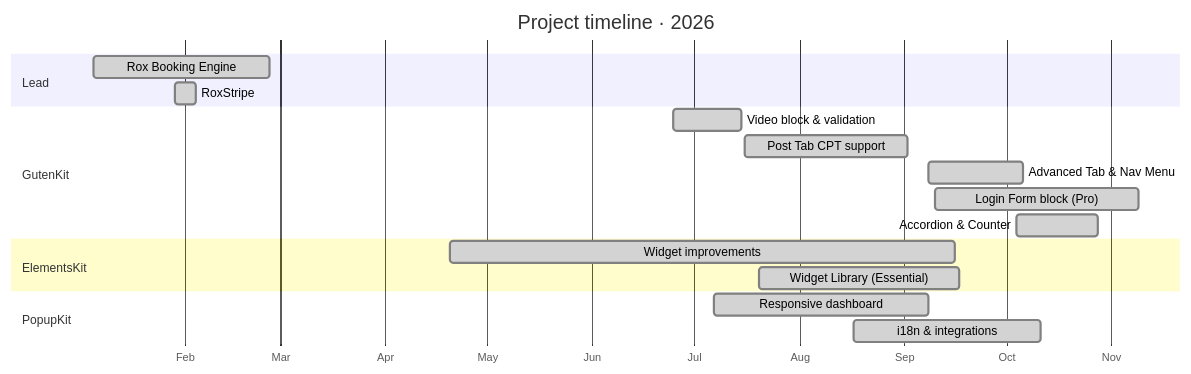
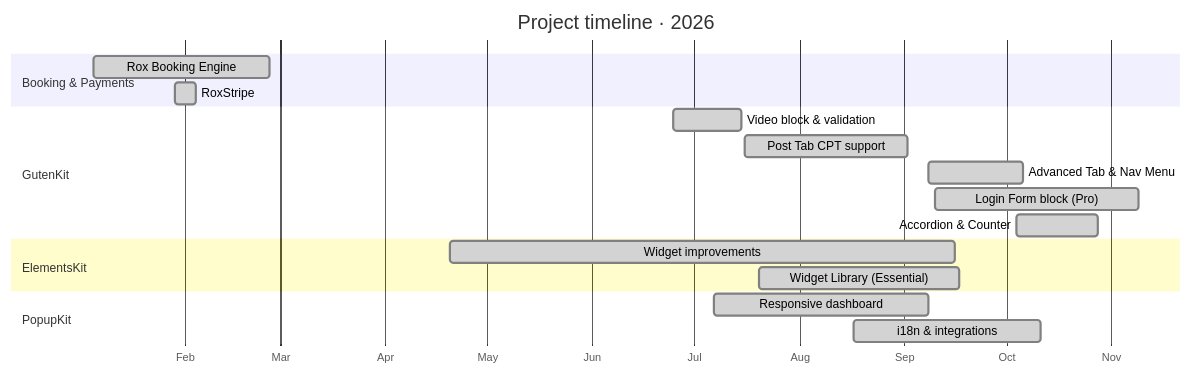
One commit to shishir-xs/shishir-xs changed the diagram in README.md. Above: the diagram before and after it, drawn with Mermaid. The commit also changed other lines of this file and 5 other files, not shown here.

First line of the commit message:
Remove project lead title; add terminal card, highlights and commit-pattern charts

````diff
--- a/README.md
+++ b/README.md
@@ -237,21 +252,21 @@
 ```mermaid
 gantt
     title Project timeline · 2026
     dateFormat YYYY-MM-DD
     axisFormat %b
-    section Lead
+    section Booking & Payments
     Rox Booking Engine          :done, 2026-01-05, 2026-02-26
     RoxStripe                   :done, 2026-01-29, 2026-02-04
     section GutenKit
     Video block & validation    :done, 2026-06-25, 2026-07-15
     Post Tab CPT support        :done, 2026-07-16, 2026-09-02
     Advanced Tab & Nav Menu     :done, 2026-09-08, 2026-10-06
     Login Form block (Pro)      :done, 2026-09-10, 2026-11-09
     Accordion & Counter         :done, 2026-10-04, 2026-10-28
     section ElementsKit
     Widget improvements         :done, 2026-04-20, 2026-09-16
     Widget Library (Essential)  :done, 2026-07-20, 2026-09-17
     section PopupKit
     Responsive dashboard        :done, 2026-07-07, 2026-09-08
     i18n & integrations         :done, 2026-08-17, 2026-10-11
 ```
````
